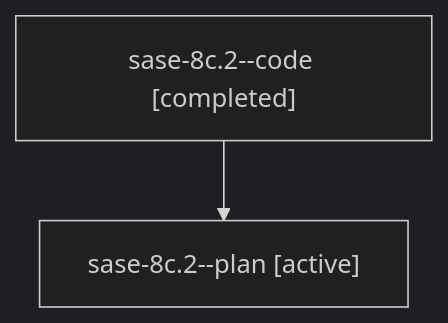
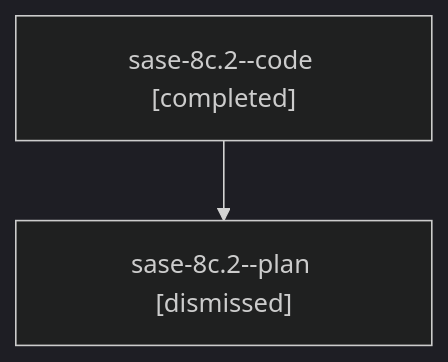
Before and after one commit to sase-org/sase--agents: the diagram in sessions/bbugyi200.athena.sase-8c.2.md, drawn with Mermaid (dark theme). The commit also changed other lines of this file and 82 other files, not shown here.

````diff
--- a/sessions/bbugyi200.athena.sase-8c.2.md
+++ b/sessions/bbugyi200.athena.sase-8c.2.md
@@ -9,6 +9,6 @@
 ```mermaid
 flowchart TD
   n0["sase-8c.2--code [completed]"]
-  n1["sase-8c.2--plan [active]"]
+  n1["sase-8c.2--plan [dismissed]"]
   n0 --> n1
 ```
````
